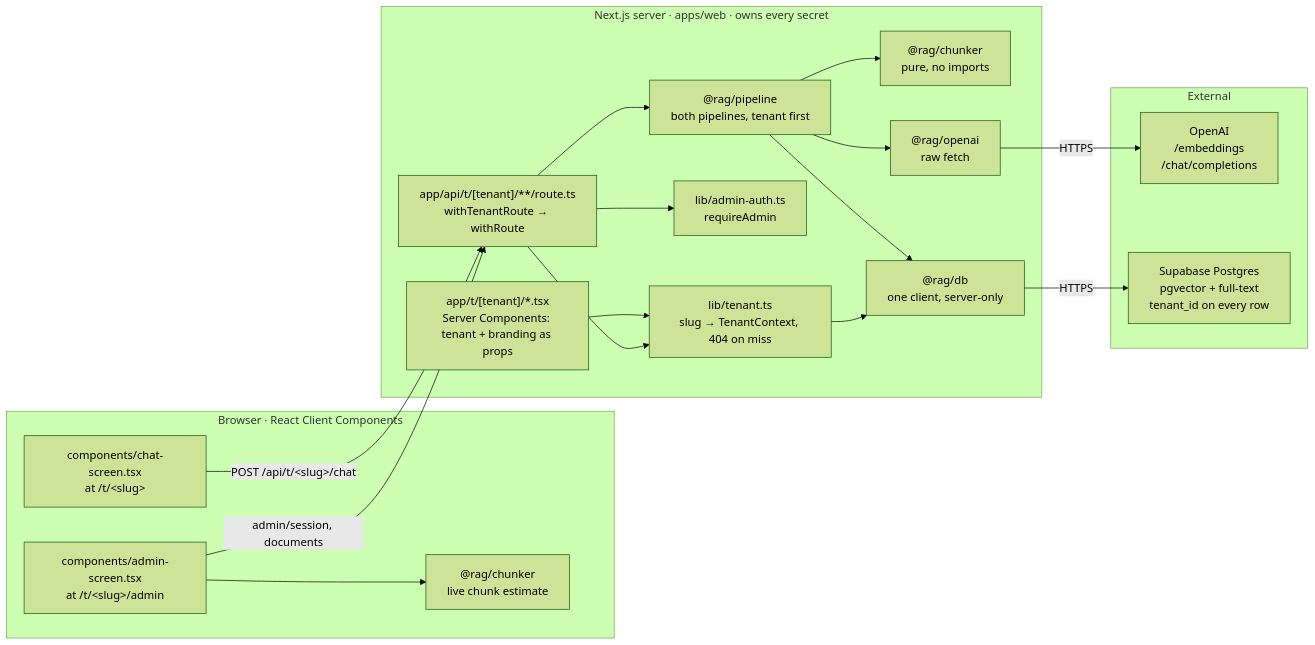
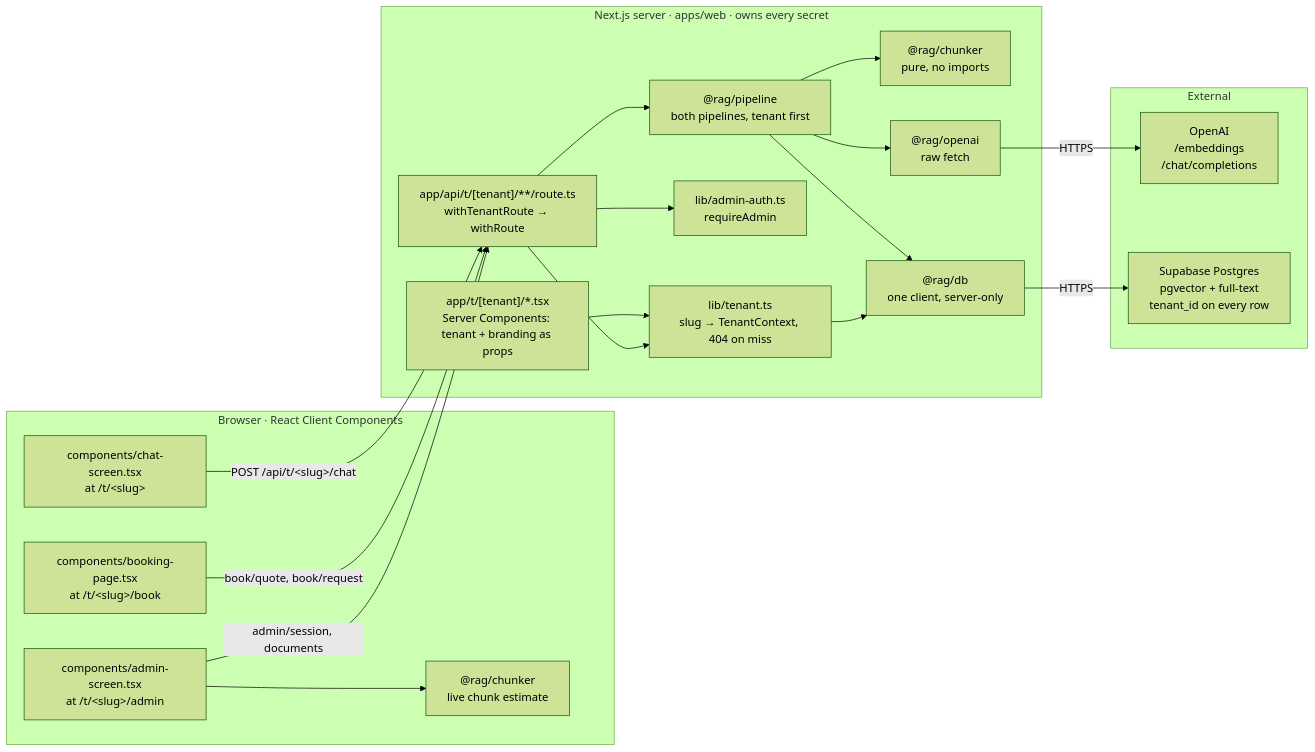
The first of 4 diagrams in flow.md (jenerdev/rag-chatbot-poc), drawn with Mermaid (forest theme) before and after one commit. The commit also changed other lines of this file and 6 other files, not shown here.

Commit message:
docs: customer booking Phase 7, the record (D-069–D-073, R-38–R-41, R-24 closed, CLAUDE.md, flow.md)

````diff
--- a/flow.md
+++ b/flow.md
@@ -30,38 +30,40 @@
 ```mermaid
 flowchart LR
     subgraph B["Browser · React Client Components"]
         IDX["components/chat-screen.tsx<br/>at /t/&lt;slug&gt;"]
+        BOOK["components/booking-page.tsx<br/>at /t/&lt;slug&gt;/book"]
         ADM["components/admin-screen.tsx<br/>at /t/&lt;slug&gt;/admin"]
         CHKB["@rag/chunker<br/>live chunk estimate"]
     end
 
     subgraph S["Next.js server · apps/web · owns every secret"]
         PAGE["app/t/[tenant]/*.tsx<br/>Server Components: tenant + branding as props"]
         RT["app/api/t/[tenant]/**/route.ts<br/>withTenantRoute → withRoute"]
         TEN["lib/tenant.ts<br/>slug → TenantContext, 404 on miss"]
         AUTH["lib/admin-auth.ts<br/>requireAdmin"]
         RAG["@rag/pipeline<br/>both pipelines, tenant first"]
         CHK["@rag/chunker<br/>pure, no imports"]
         AI["@rag/openai<br/>raw fetch"]
         DB["@rag/db<br/>one client, server-only"]
     end
 
     subgraph X["External"]
         OAI["OpenAI<br/>/embeddings<br/>/chat/completions"]
         PG["Supabase Postgres<br/>pgvector + full-text<br/>tenant_id on every row"]
     end
 
     IDX -- "POST /api/t/&lt;slug&gt;/chat" --> RT
+    BOOK -- "book/quote, book/request" --> RT
     ADM -- "admin/session, documents" --> RT
     PAGE --> TEN
     RT --> TEN
     RT --> AUTH
     RT --> RAG
     RAG --> CHK
     RAG --> AI
     RAG --> DB
     TEN --> DB
     AI -- HTTPS --> OAI
     DB -- HTTPS --> PG
     ADM --> CHKB
 ```
````
